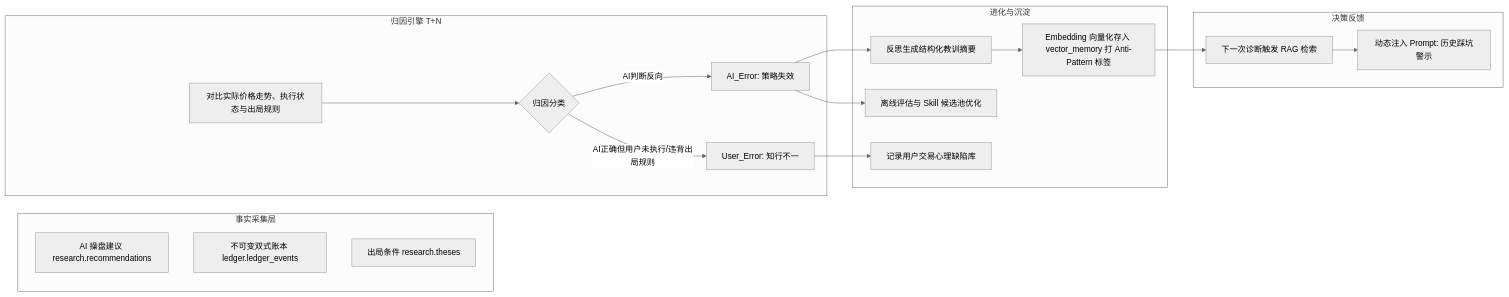
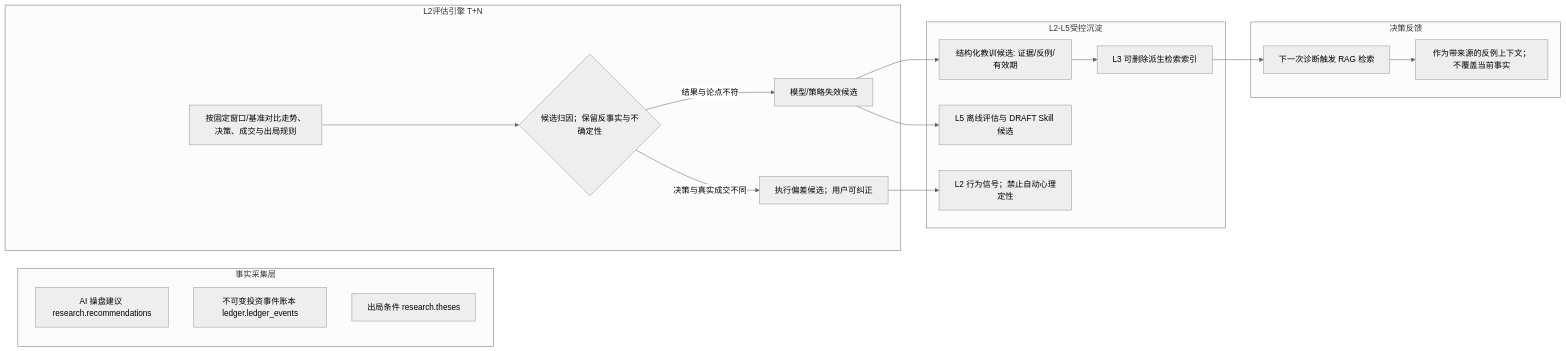
Before and after one commit to sinojelly/wealthsail: the seventh of 7 diagrams in docs/01.WealthSail投研平台需求文档.md, drawn with Mermaid (neutral theme). The commit also changed other lines of this file and 30 other files, not shown here.

First line of the commit message:
docs: align restored WealthSail detail with phased architecture

````diff
--- a/docs/01.WealthSail投研平台需求文档.md
+++ b/docs/01.WealthSail投研平台需求文档.md
@@ -505,24 +532,24 @@
 ```mermaid
 flowchart LR
     subgraph 事实采集层
         A1[AI 操盘建议 research.recommendations]
-        A2[不可变双式账本 ledger.ledger_events]
+        A2[不可变投资事件账本 ledger.ledger_events]
         A3[出局条件 research.theses]
     end
-    subgraph 归因引擎 T+N
-        B[对比实际价格走势、执行状态与出局规则]
-        B --> C{归因分类}
-        C -- AI判断反向 --> D1[AI_Error: 策略失效]
-        C -- AI正确但用户未执行/违背出局规则 --> D2[User_Error: 知行不一]
+    subgraph L2评估引擎 T+N
+        B[按固定窗口/基准对比走势、决策、成交与出局规则]
+        B --> C{候选归因；保留反事实与不确定性}
+        C -- 结果与论点不符 --> D1[模型/策略失效候选]
+        C -- 决策与真实成交不同 --> D2[执行偏差候选；用户可纠正]
     end
-    subgraph 进化与沉淀
-        D1 --> E1[反思生成结构化教训摘要]
-        E1 --> E2[Embedding 向量化存入 vector_memory 打 Anti-Pattern 标签]
-        D1 --> E3[离线评估与 Skill 候选池优化]
-        D2 --> E4[记录用户交易心理缺陷库]
+    subgraph L2-L5受控沉淀
+        D1 --> E1[结构化教训候选: 证据/反例/有效期]
+        E1 --> E2[L3 可删除派生检索索引]
+        D1 --> E3[L5 离线评估与 DRAFT Skill 候选]
+        D2 --> E4[L2 行为信号；禁止自动心理定性]
     end
     subgraph 决策反馈
         E2 --> F[下一次诊断触发 RAG 检索]
-        F --> G[动态注入 Prompt: 历史踩坑警示]
+        F --> G[作为带来源的反例上下文；不覆盖当前事实]
     end
 ```
````
